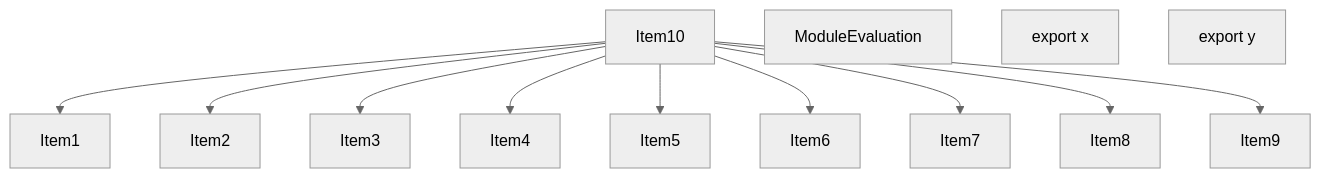
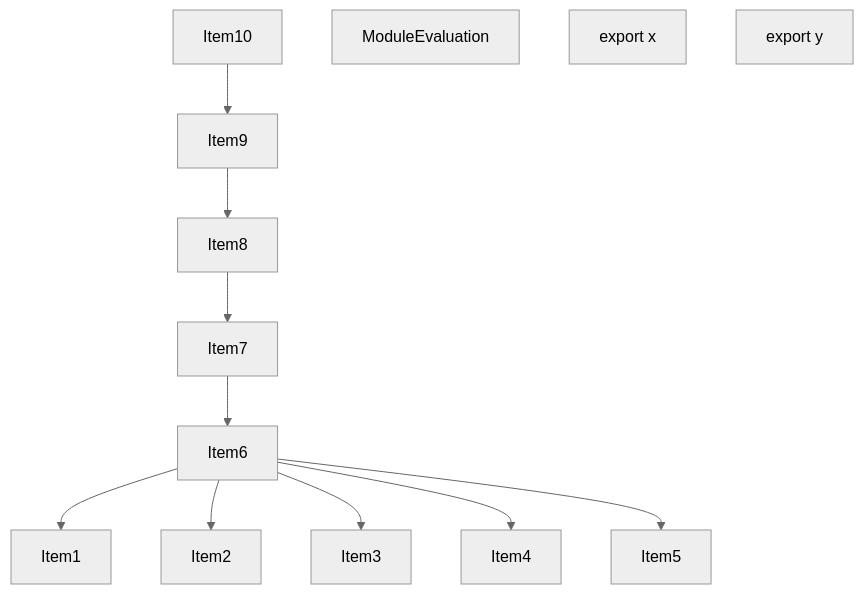
One commit to vercel/turborepo changed the second of 5 diagrams in crates/turbopack-ecmascript/tests/tree-shaker/analyzer/grouping/output.md. Above: the diagram before and after it, drawn with Mermaid (neutral theme). The commit also changed other lines of this file and 1 other file, not shown here.

````diff
--- a/crates/turbopack-ecmascript/tests/tree-shaker/analyzer/grouping/output.md
+++ b/crates/turbopack-ecmascript/tests/tree-shaker/analyzer/grouping/output.md
@@ -119,28 +123,28 @@
 ```mermaid
 graph TD
     Item1;
     Item2;
     Item3;
     Item4;
     Item5;
     Item6;
     Item7;
     Item8;
     Item9;
     Item10;
     Item11;
     Item11["ModuleEvaluation"];
     Item12;
     Item12["export x"];
     Item13;
     Item13["export y"];
-    Item10 --> Item1;
-    Item10 --> Item2;
-    Item10 --> Item3;
-    Item10 --> Item4;
-    Item10 --> Item5;
-    Item10 --> Item6;
-    Item10 --> Item7;
-    Item10 --> Item8;
+    Item6 --> Item1;
+    Item6 --> Item2;
+    Item6 --> Item3;
+    Item6 --> Item4;
+    Item6 --> Item5;
+    Item7 --> Item6;
+    Item8 --> Item7;
+    Item9 --> Item8;
     Item10 --> Item9;
 ```
````
